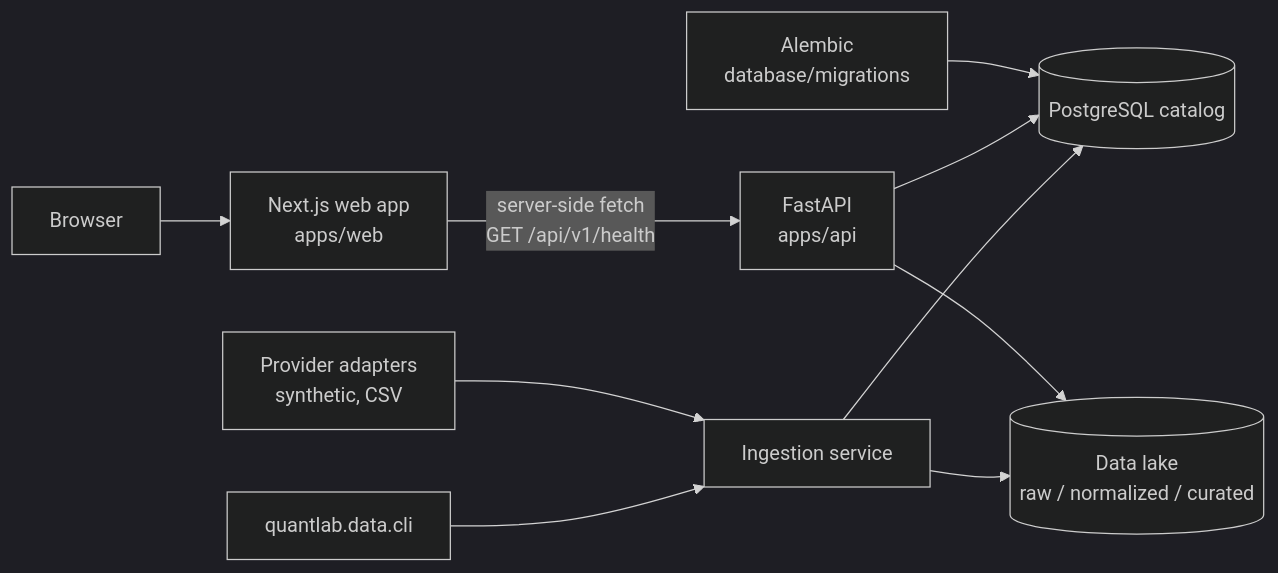
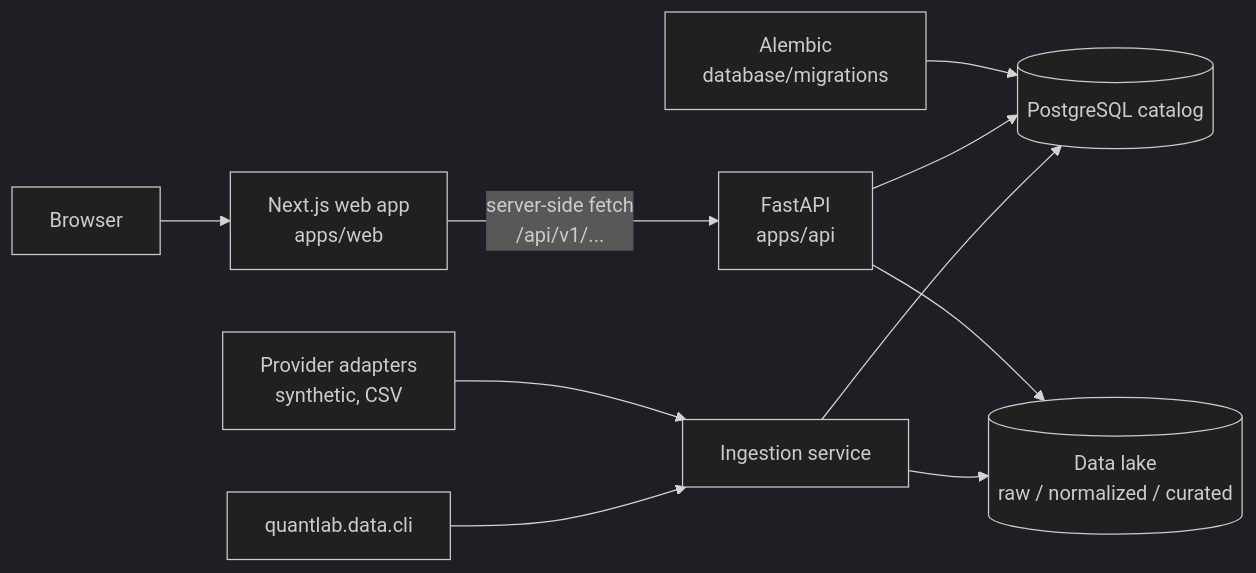
Before and after one commit to aayush-1910/quantlab: the diagram in docs/architecture/system-overview.md, drawn with Mermaid (dark theme). The commit also changed other lines of this file and 25 other files, not shown here.

````diff
--- a/docs/architecture/system-overview.md
+++ b/docs/architecture/system-overview.md
@@ -9,12 +9,12 @@
 ```mermaid
 flowchart LR
     BROWSER[Browser] --> WEB[Next.js web app<br/>apps/web]
-    WEB -- "server-side fetch<br/>GET /api/v1/health" --> API[FastAPI<br/>apps/api]
+    WEB -- "server-side fetch<br/>/api/v1/..." --> API[FastAPI<br/>apps/api]
     CLI[quantlab.data.cli] --> INGEST[Ingestion service]
     PROVIDERS[Provider adapters<br/>synthetic, CSV] --> INGEST
     INGEST --> PG[(PostgreSQL catalog)]
     INGEST --> LAKE[(Data lake<br/>raw / normalized / curated)]
     API --> PG
     API --> LAKE
     ALEMBIC[Alembic<br/>database/migrations] --> PG
 ```
````
